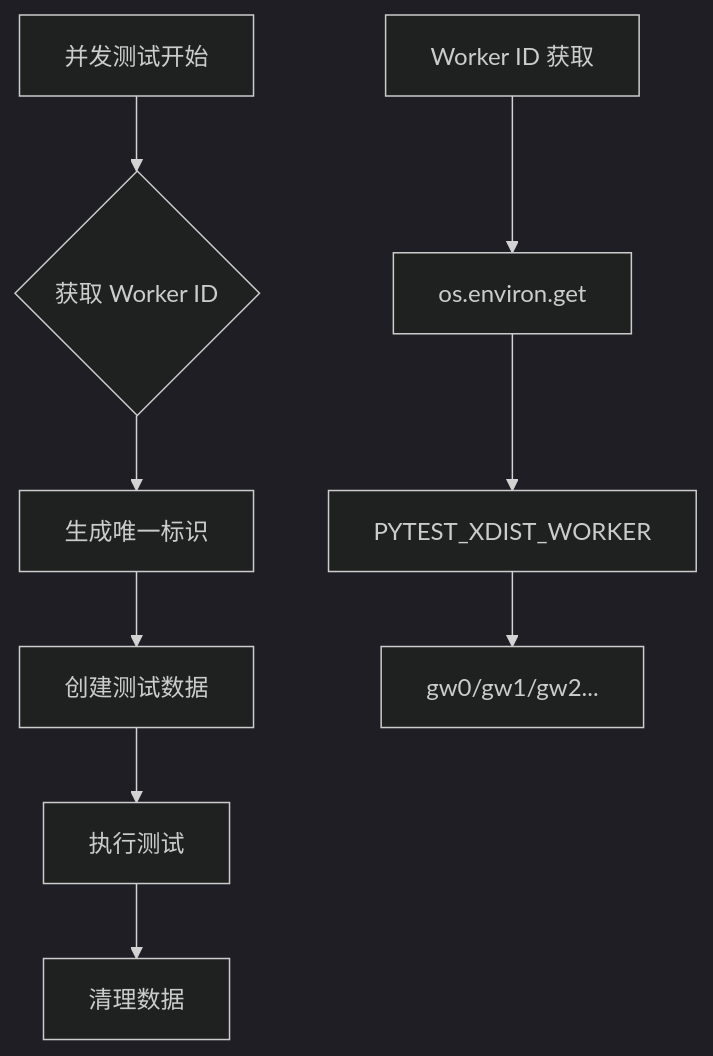
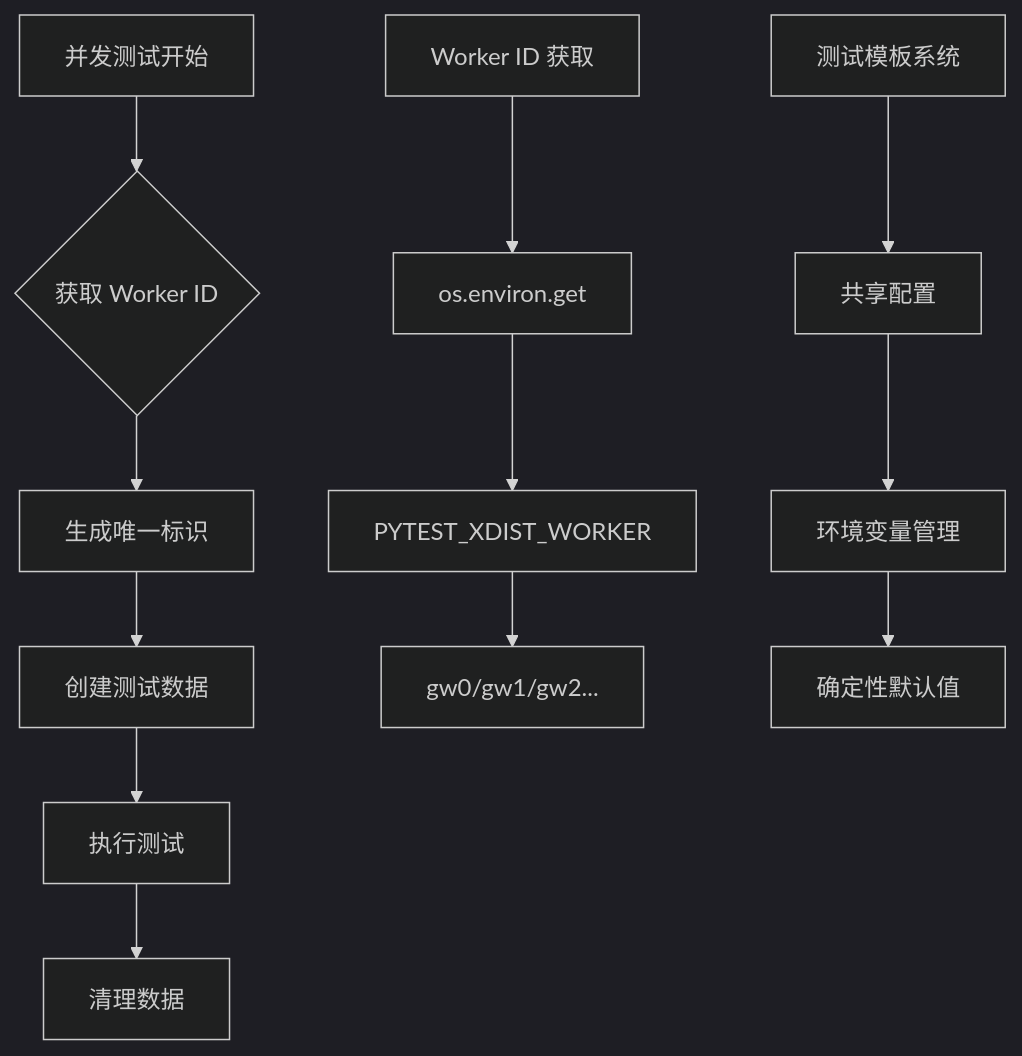
The fourth of 9 diagrams in .qoder/repowiki/zh/content/Altas Workflow Core/测试数据管理参考.md (AngelWings1997/altas), drawn with Mermaid (dark theme) before and after one commit. The commit also changed other lines of this file and 8 other files, not shown here.

````diff
--- a/.qoder/repowiki/zh/content/Altas Workflow Core/测试数据管理参考.md
+++ b/.qoder/repowiki/zh/content/Altas Workflow Core/测试数据管理参考.md
@@ -172,11 +235,14 @@
 ```mermaid
 flowchart TD
 A[并发测试开始] --> B{获取 Worker ID}
 B --> C[生成唯一标识]
 C --> D[创建测试数据]
 D --> E[执行测试]
 E --> F[清理数据]
 G[Worker ID 获取] --> H[os.environ.get]
 H --> I[PYTEST_XDIST_WORKER]
 I --> J[gw0/gw1/gw2...]
+K[测试模板系统] --> L[共享配置]
+L --> M[环境变量管理]
+M --> N[确定性默认值]
 ```
````
